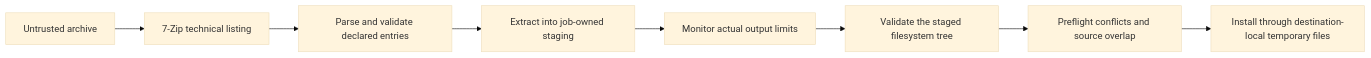
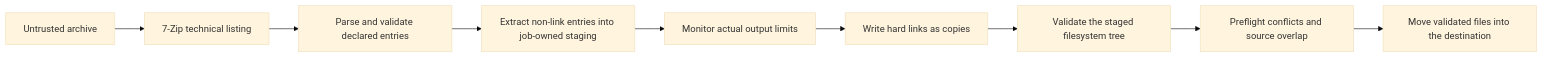
Before and after one commit to gg333/archi: the diagram in docs/SECURITY_DESIGN.md, drawn with Mermaid (base theme). The commit also changed other lines of this file and 27 other files, not shown here.

````diff
--- a/docs/SECURITY_DESIGN.md
+++ b/docs/SECURITY_DESIGN.md
@@ -45,10 +47,11 @@
 ```mermaid
 flowchart LR
     A[Untrusted archive] --> B[7-Zip technical listing]
     B --> C[Parse and validate declared entries]
-    C --> D[Extract into job-owned staging]
+    C --> D[Extract non-link entries into job-owned staging]
     D --> E[Monitor actual output limits]
-    E --> F[Validate the staged filesystem tree]
-    F --> G[Preflight conflicts and source overlap]
-    G --> H[Install through destination-local temporary files]
+    E --> F[Write hard links as copies]
+    F --> G[Validate the staged filesystem tree]
+    G --> H[Preflight conflicts and source overlap]
+    H --> I[Move validated files into the destination]
 ```
````
